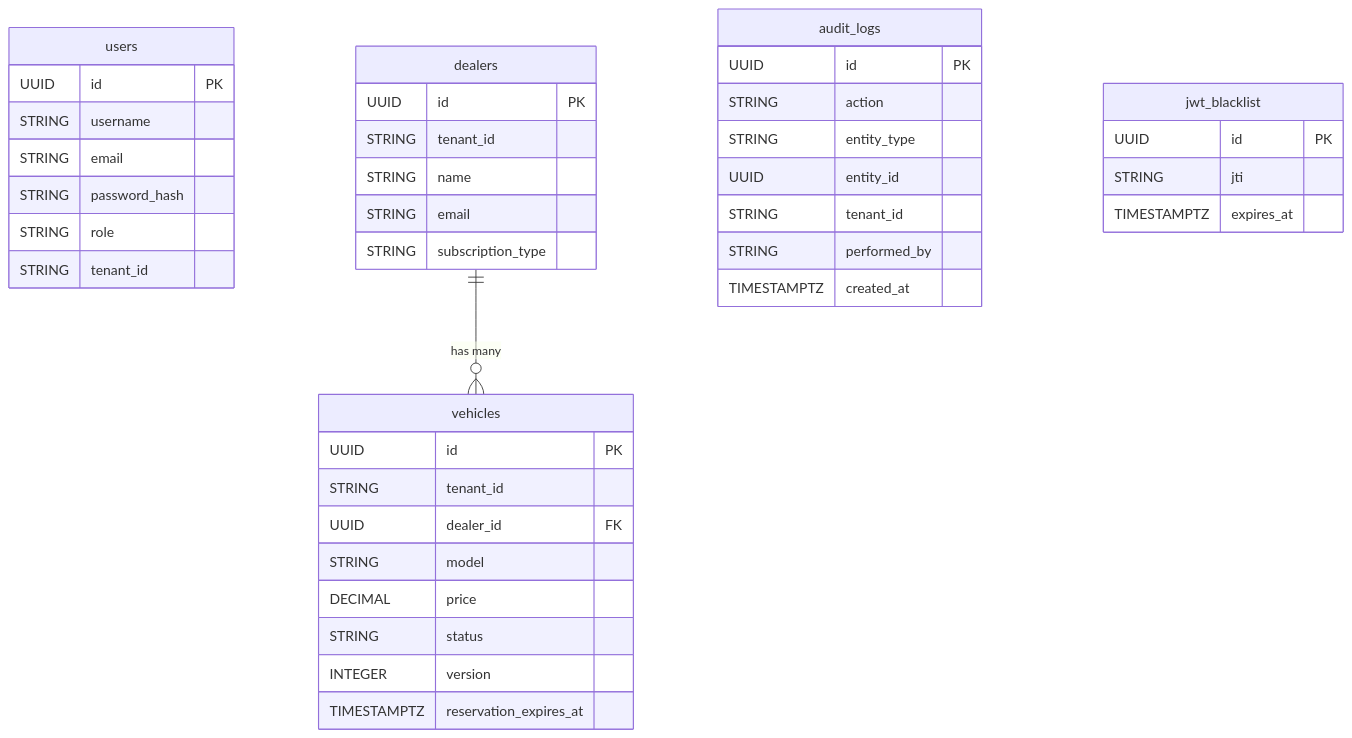
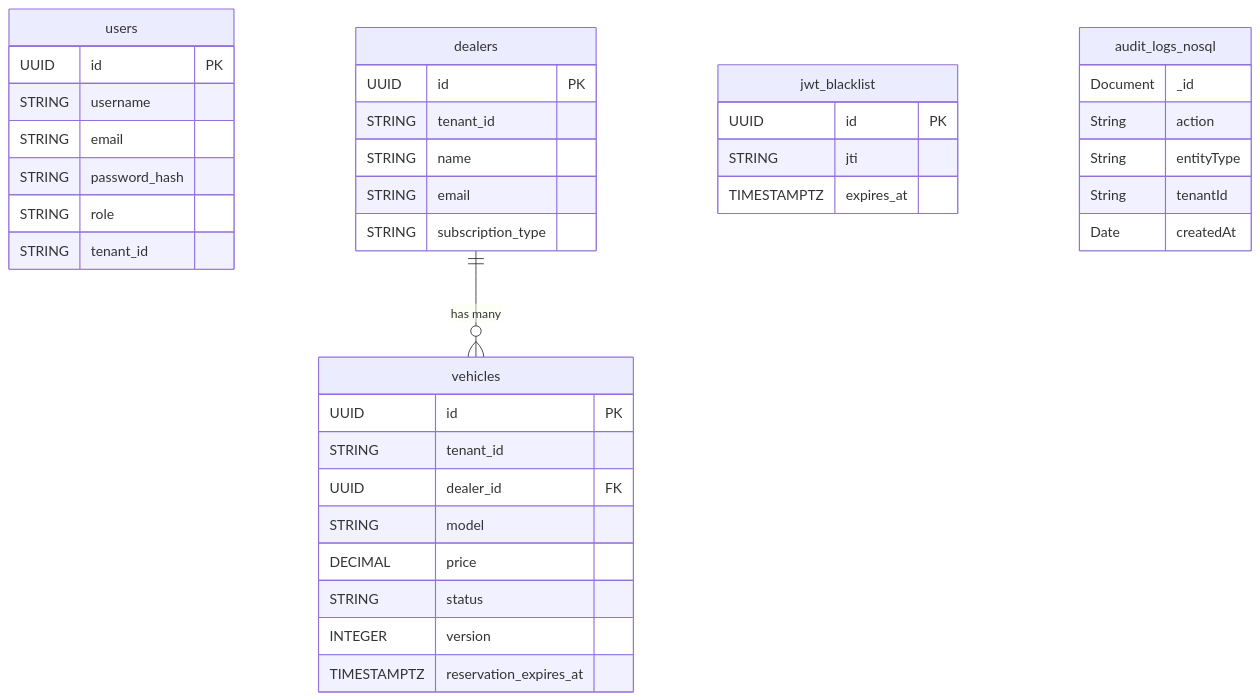
One commit to Hamednallah/dealers-ac-backend changed the diagram in docs/database_schema.md. Above: the diagram before and after it, drawn with Mermaid. The commit also changed other lines of this file and 2 other files, not shown here.

Commit message:
docs: update system documentation with NoSQL audit and unified testing details

````diff
--- a/docs/database_schema.md
+++ b/docs/database_schema.md
@@ -54,48 +61,46 @@
 ```mermaid
 erDiagram
     users {
         UUID id PK
         STRING username
         STRING email
         STRING password_hash
         STRING role
         STRING tenant_id
     }
 
     dealers {
         UUID id PK
         STRING tenant_id
         STRING name
         STRING email
         STRING subscription_type
     }
 
     vehicles {
         UUID id PK
         STRING tenant_id
         UUID dealer_id FK
         STRING model
         DECIMAL price
         STRING status
         INTEGER version
         TIMESTAMPTZ reservation_expires_at
     }
 
-    audit_logs {
-        UUID id PK
-        STRING action
-        STRING entity_type
-        UUID entity_id
-        STRING tenant_id
-        STRING performed_by
-        TIMESTAMPTZ created_at
-    }
-
     jwt_blacklist {
         UUID id PK
         STRING jti
         TIMESTAMPTZ expires_at
     }
 
+    audit_logs_nosql {
+        Document _id
+        String action
+        String entityType
+        String tenantId
+        Date createdAt
+    }
+
     dealers ||--o{ vehicles : "has many"
 ```
````
